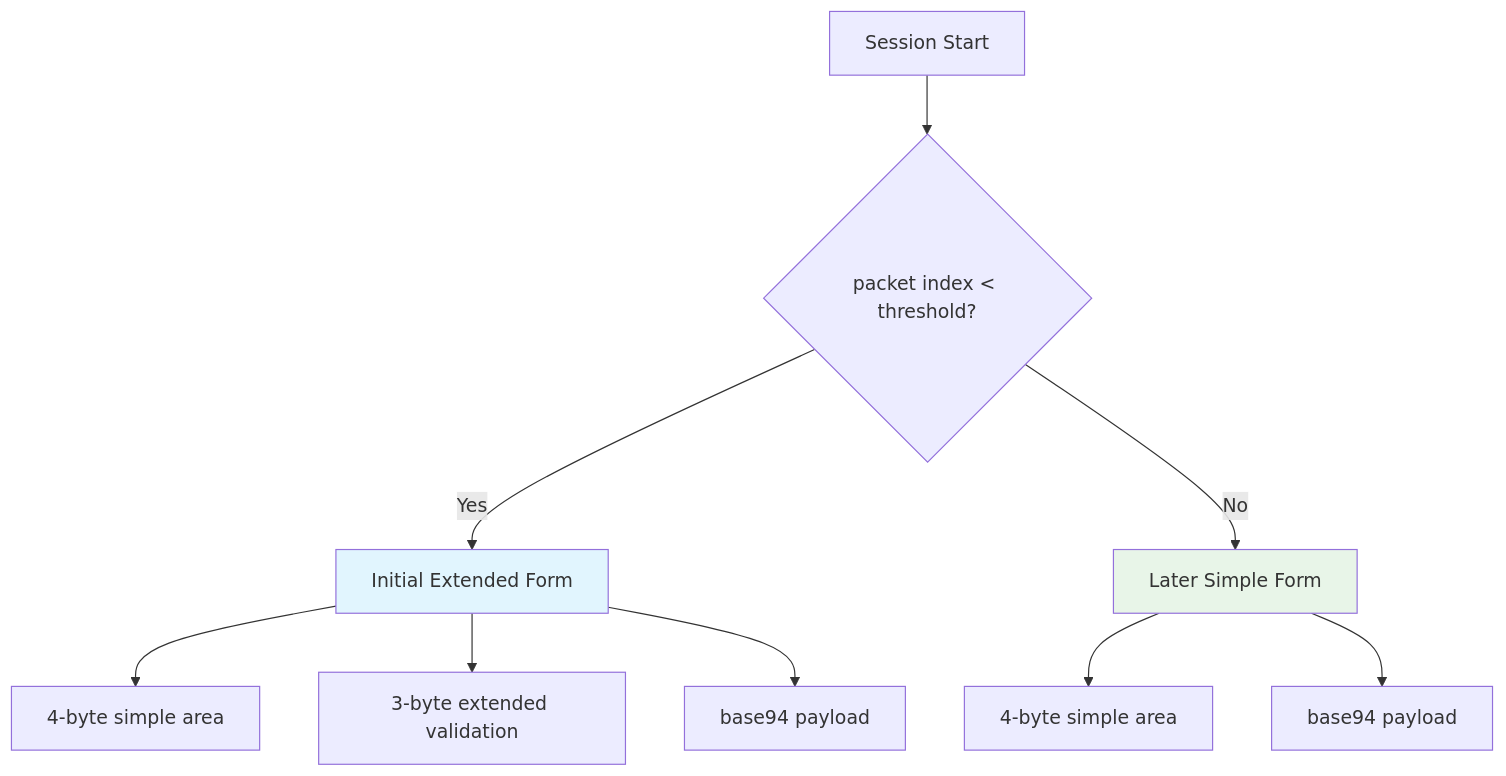
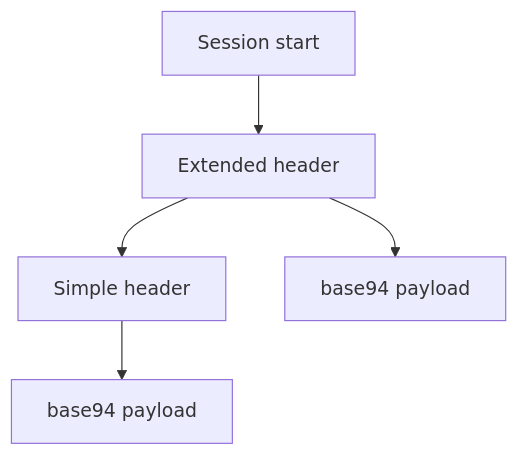
The first of 3 diagrams in docs/PACKET_FORMATS.md (HyacinthHaru/openppp2), drawn with Mermaid before and after one commit. The commit also changed other lines of this file and 45 other files, not shown here.

````diff
--- a/docs/PACKET_FORMATS.md
+++ b/docs/PACKET_FORMATS.md
@@ -62,14 +51,7 @@
 ```mermaid
 flowchart TD
-    A[Session Start] --> B{packet index &lt; threshold?}
-    B -->|Yes| C[Initial Extended Form]
-    B -->|No| D[Later Simple Form]
-    C --> E[4-byte simple area]
-    C --> F[3-byte extended validation]
-    C --> G[base94 payload]
-    D --> H[4-byte simple area]
-    D --> I[base94 payload]
-    
-    style C fill:#e1f5fe
-    style D fill:#e8f5e8
+    A[Session start] --> B[Extended header]
+    B --> C[Simple header]
+    B --> D[base94 payload]
+    C --> E[base94 payload]
 ```
````
